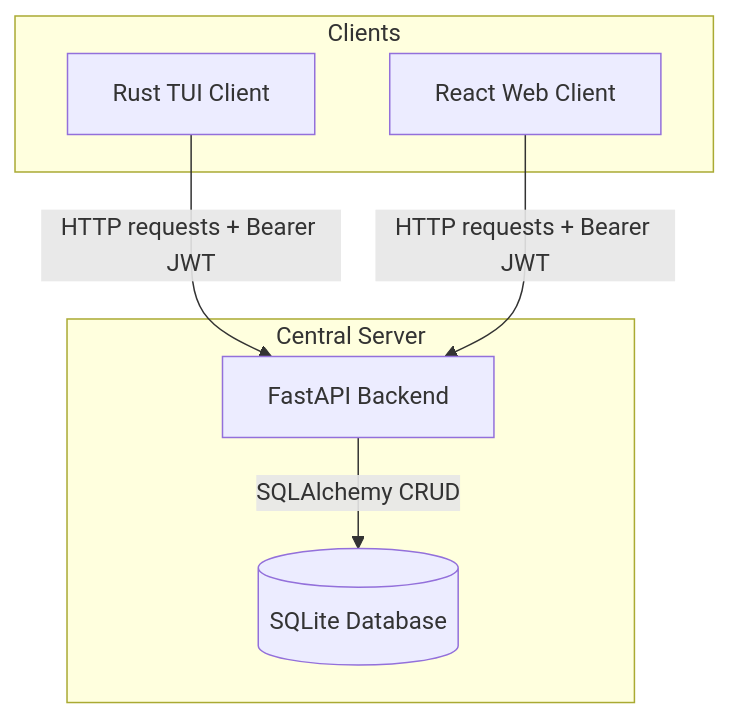
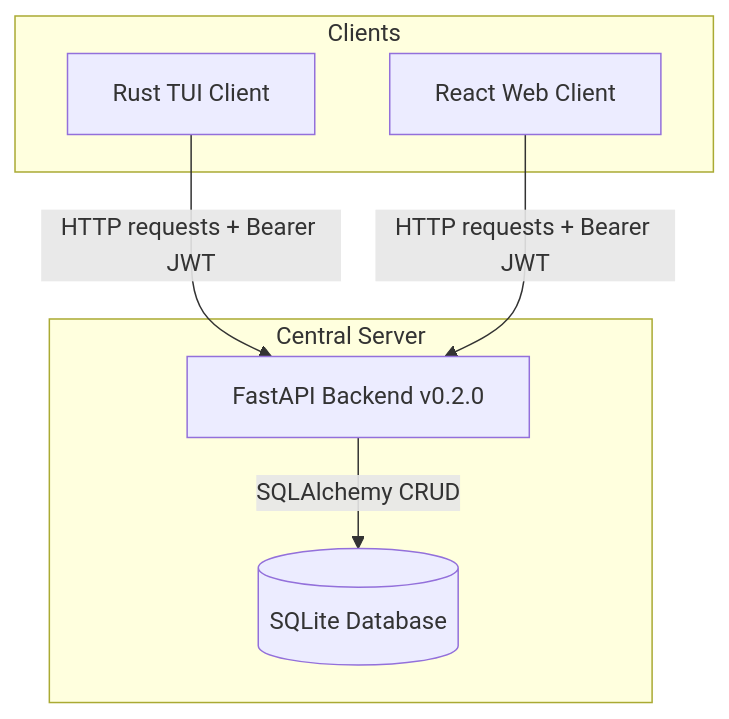
One commit to JohnDeSilva/cart_ographer changed the diagram in README.md. Above: the diagram before and after it, drawn with Mermaid. The commit also changed other lines of this file and 1 other file, not shown here.

````diff
--- a/README.md
+++ b/README.md
@@ -13,16 +12,16 @@
 ```mermaid
 graph TD
     subgraph Central Server
         DB[(SQLite Database)]
-        API[FastAPI Backend]
+        API[FastAPI Backend v0.2.0]
     end
 
     subgraph Clients
         TUI[Rust TUI Client]
         Web[React Web Client]
     end
 
     TUI -->|HTTP requests + Bearer JWT| API
     Web -->|HTTP requests + Bearer JWT| API
     API -->|SQLAlchemy CRUD| DB
 ```
````
